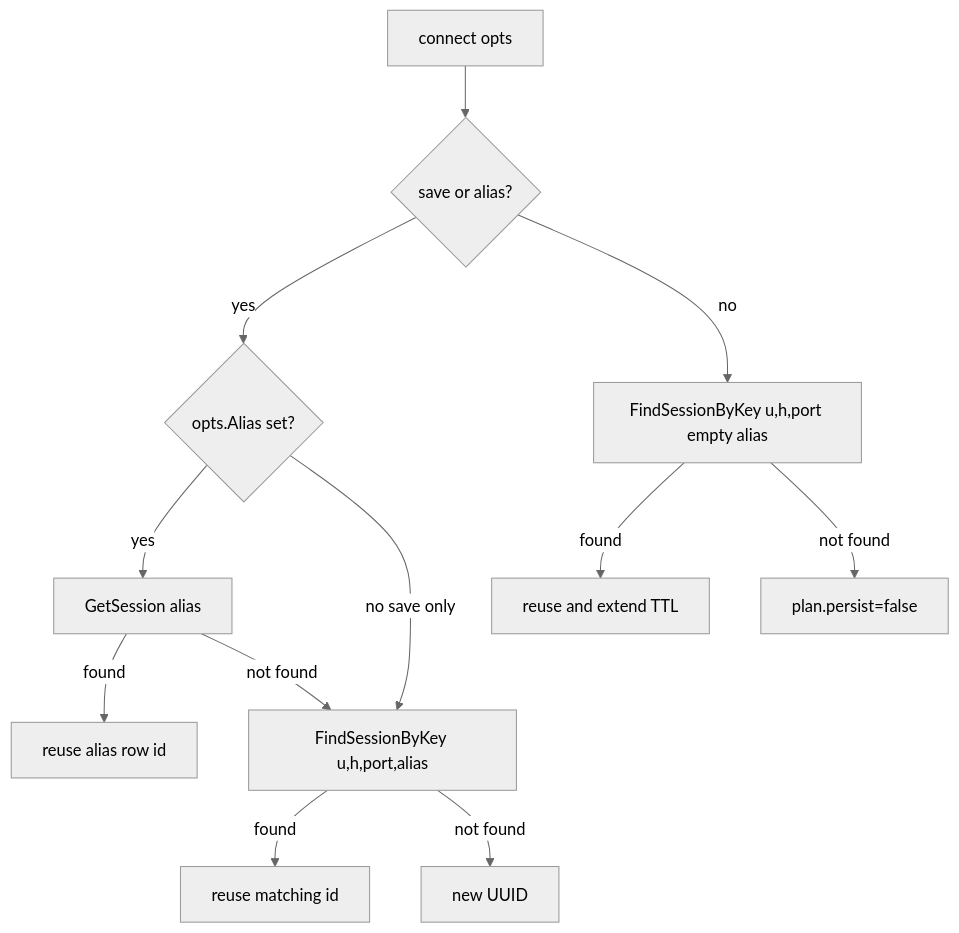
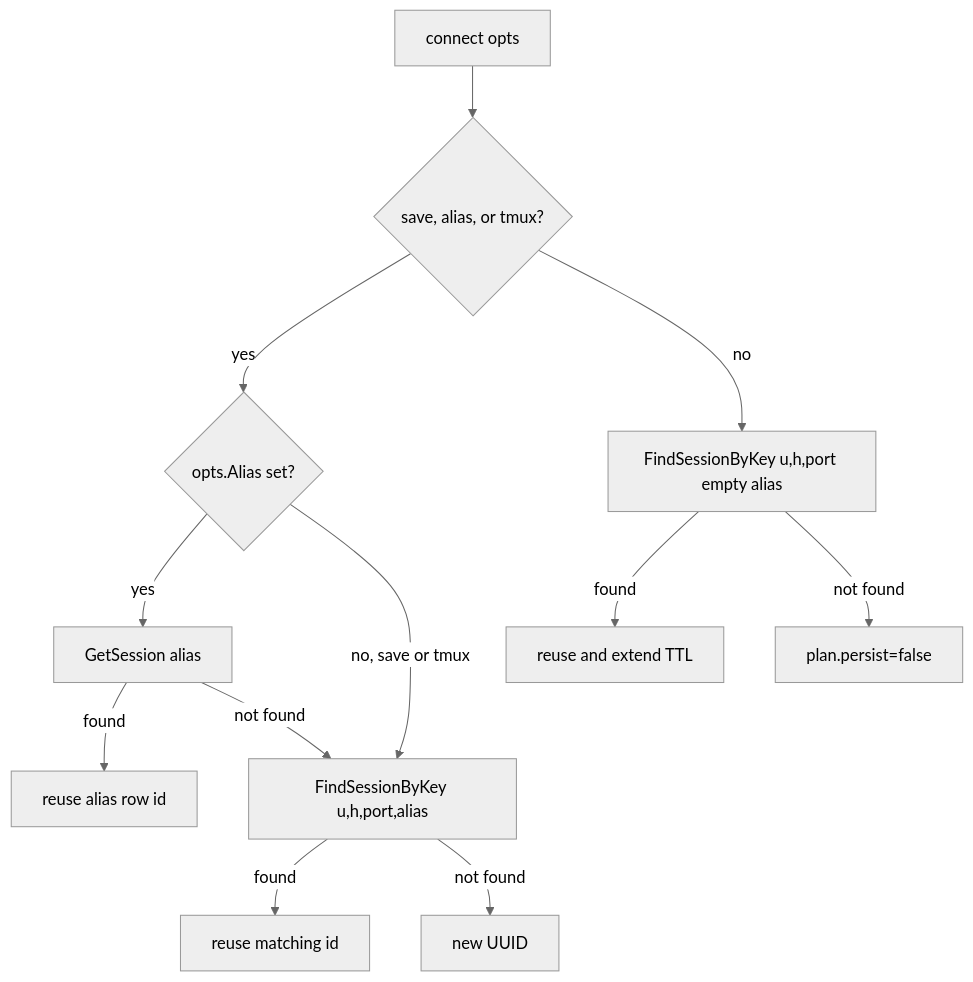
One commit to ylgeeker/AiT changed the diagram in docs/tools/aissh.md. Above: the diagram before and after it, drawn with Mermaid (neutral theme). The commit also changed other lines of this file and 22 other files, not shown here.

````diff
--- a/docs/tools/aissh.md
+++ b/docs/tools/aissh.md
@@ -78,14 +78,14 @@
 ```mermaid
 flowchart TD
-  connect[connect opts] --> hasSaveAlias{save or alias?}
-  hasSaveAlias -->|yes| hasAlias{opts.Alias set?}
+  connect[connect opts] --> hasPersist{"save, alias, or tmux?"}
+  hasPersist -->|yes| hasAlias{opts.Alias set?}
   hasAlias -->|yes| getByAlias[GetSession alias]
   getByAlias -->|found| updateAliasRow[reuse alias row id]
   getByAlias -->|not found| findKey[FindSessionByKey u,h,port,alias]
-  hasAlias -->|no save only| findKey
+  hasAlias -->|no, save or tmux| findKey
   findKey -->|found| reuseKey[reuse matching id]
   findKey -->|not found| newID[new UUID]
-  hasSaveAlias -->|no| findEmpty[FindSessionByKey u,h,port empty alias]
+  hasPersist -->|no| findEmpty[FindSessionByKey u,h,port empty alias]
   findEmpty -->|found| reuseEmpty[reuse and extend TTL]
   findEmpty -->|not found| ephemeral[plan.persist=false]
 ```
````
